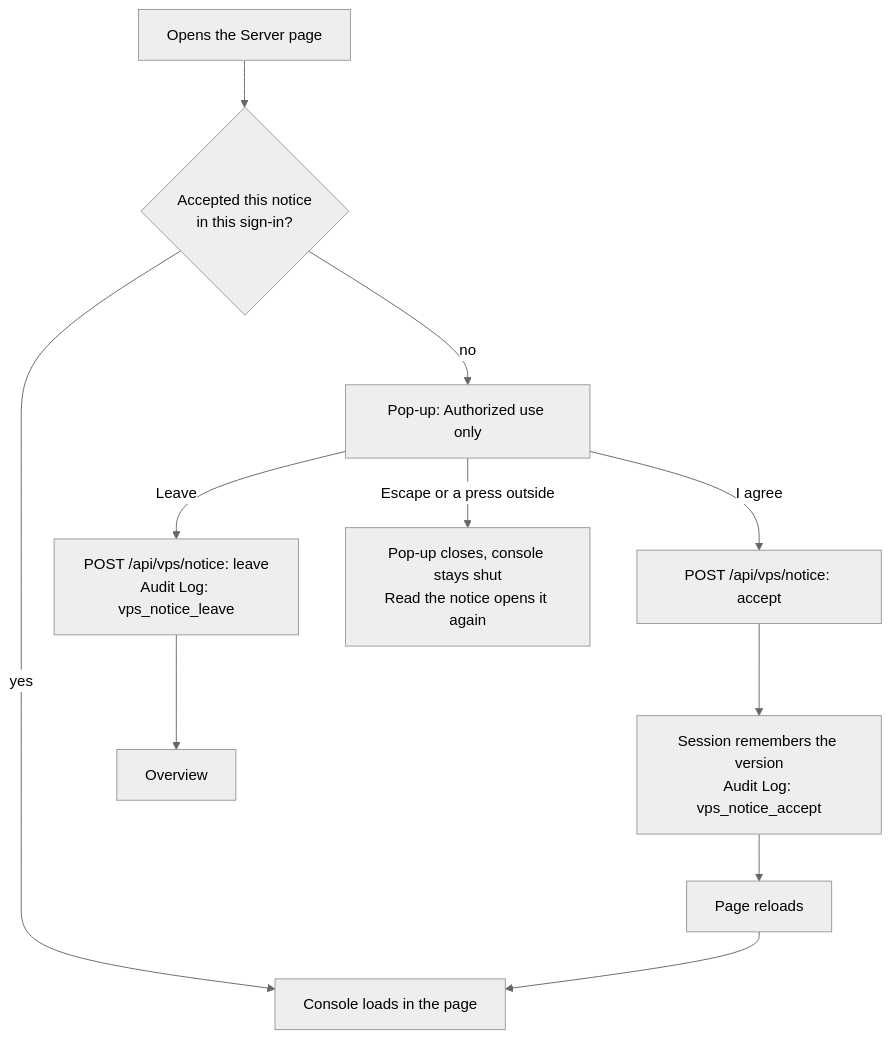
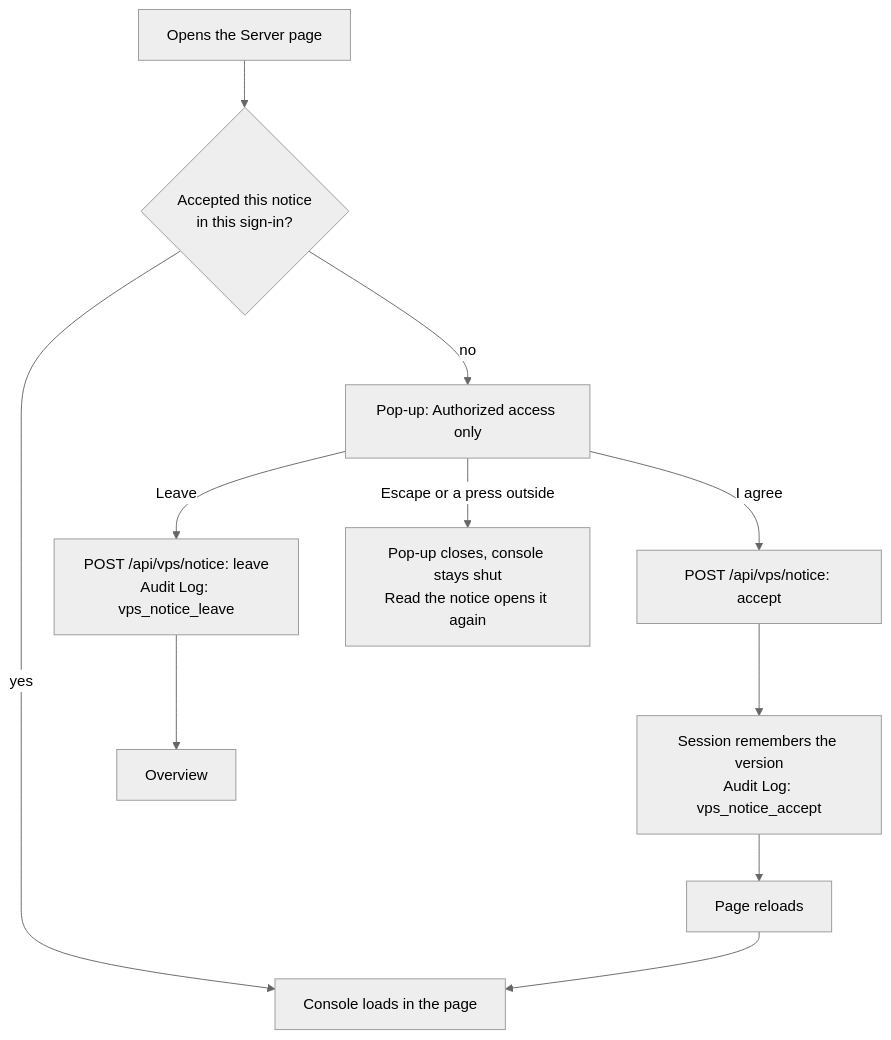
The diagram in synced-docs/cf-admin/documentation/specs/2026-10-11-server-access-notice.md (Harshil8136/chess-game1), drawn with Mermaid (neutral theme) before and after one commit. The commit also changed other lines of this file and 2 other files, not shown here.

````diff
--- a/synced-docs/cf-admin/documentation/specs/2026-10-11-server-access-notice.md
+++ b/synced-docs/cf-admin/documentation/specs/2026-10-11-server-access-notice.md
@@ -62,11 +87,11 @@
 ```mermaid
 flowchart TD
   A[Opens the Server page] --> B{Accepted this notice<br/>in this sign-in?}
   B -- yes --> C[Console loads in the page]
-  B -- no --> D[Pop-up: Authorized use only]
+  B -- no --> D[Pop-up: Authorized access only]
   D -- I agree --> E[POST /api/vps/notice: accept]
   E --> F[Session remembers the version<br/>Audit Log: vps_notice_accept]
   F --> G[Page reloads] --> C
   D -- Leave --> H[POST /api/vps/notice: leave<br/>Audit Log: vps_notice_leave] --> I[Overview]
   D -- Escape or a press outside --> J[Pop-up closes, console stays shut<br/>Read the notice opens it again]
 ```
````
